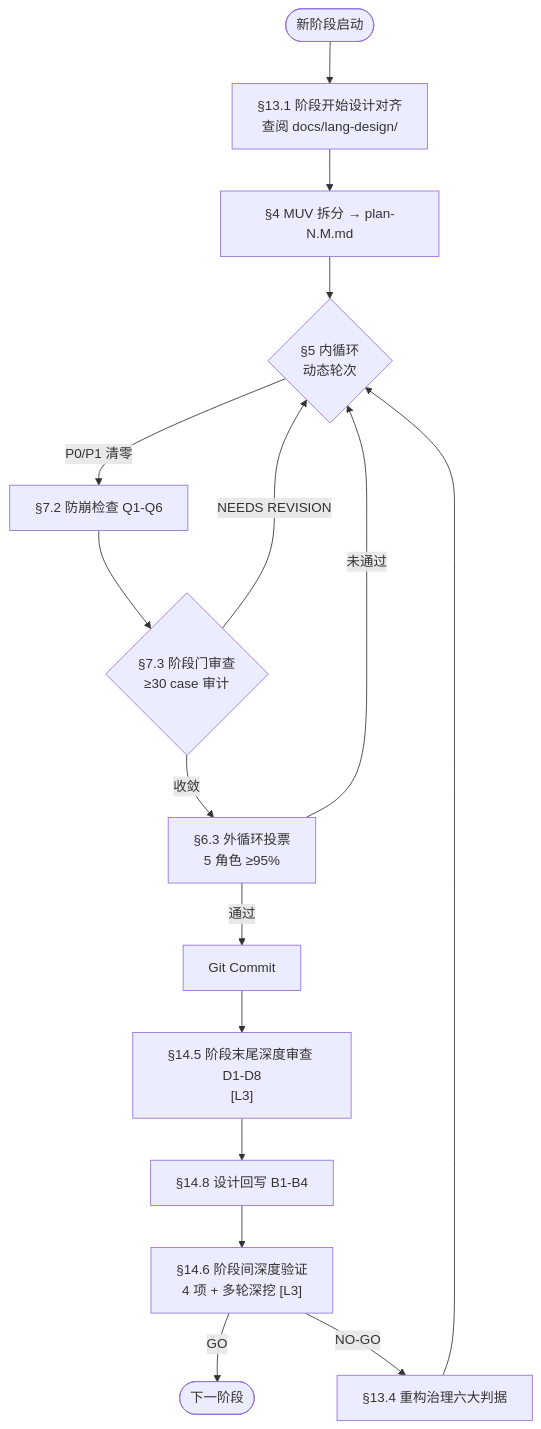
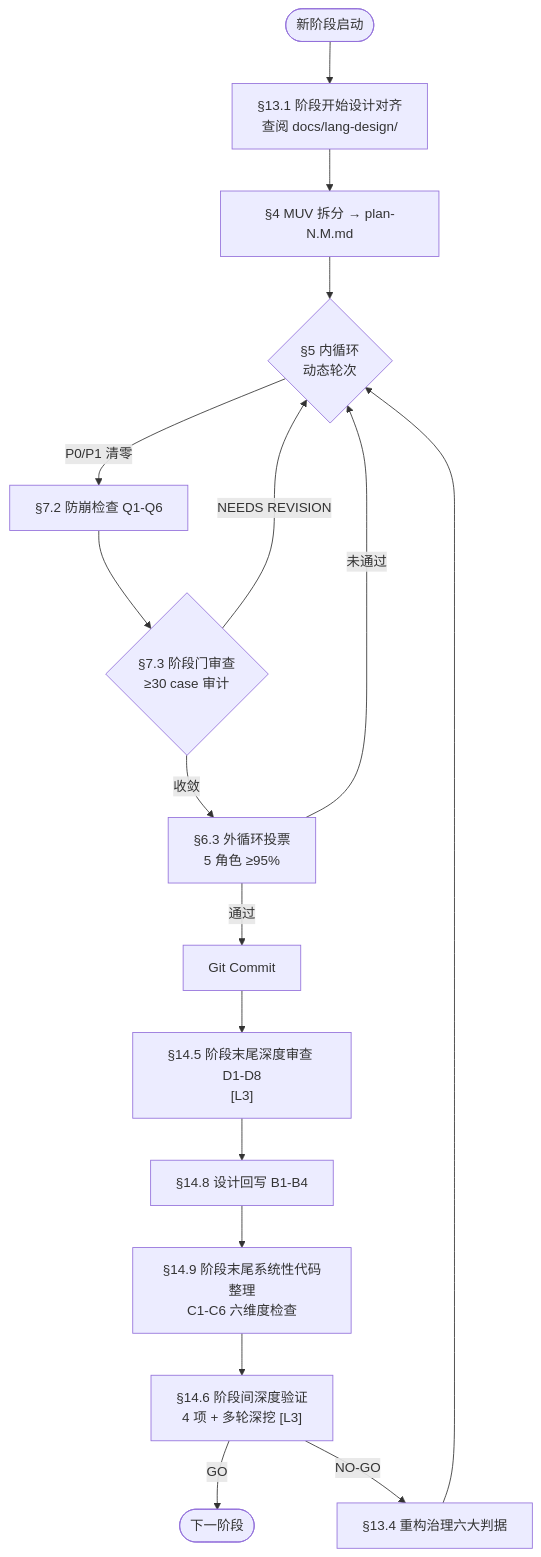
Before and after one commit to Redskaber/landin-lang: the first of 24 diagrams in docs/stage-committee-process.md, drawn with Mermaid. The commit also changed other lines of this file and 13 other files, not shown here.

````diff
--- a/docs/stage-committee-process.md
+++ b/docs/stage-committee-process.md
@@ -78,18 +78,19 @@
 ```mermaid
 flowchart TD
     Start([新阶段启动]) --> Design["§13.1 阶段开始设计对齐<br/>查阅 docs/lang-design/"]
     Design --> Plan[§4 MUV 拆分 → plan-N.M.md]
     Plan --> Inner{"§5 内循环<br/>动态轮次"}
     Inner -->|P0/P1 清零| Q6[§7.2 防崩检查 Q1-Q6]
     Q6 --> Gate{"§7.3 阶段门审查<br/>≥30 case 审计"}
     Gate -->|NEEDS REVISION| Inner
     Gate -->|收敛| Outer["§6.3 外循环投票<br/>5 角色 ≥95%"]
     Outer -->|未通过| Inner
     Outer -->|通过| Commit[Git Commit]
     Commit --> Deep["§14.5 阶段末尾深度审查 D1-D8<br/>[L3]"]
     Deep --> Writeback[§14.8 设计回写 B1-B4]
-    Writeback --> CrossStage["§14.6 阶段间深度验证<br/>4 项 + 多轮深挖 [L3]"]
+    Writeback --> CodeClean["§14.9 阶段末尾系统性代码整理<br/>C1-C6 六维度检查"]
+    CodeClean --> CrossStage["§14.6 阶段间深度验证<br/>4 项 + 多轮深挖 [L3]"]
     CrossStage -->|GO| Next([下一阶段])
     CrossStage -->|NO-GO| Refactor[§13.4 重构治理六大判据]
     Refactor --> Inner
 ```
````
